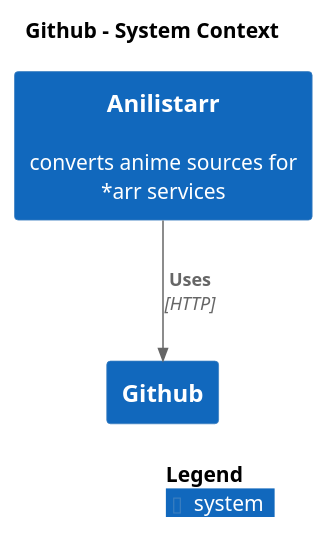
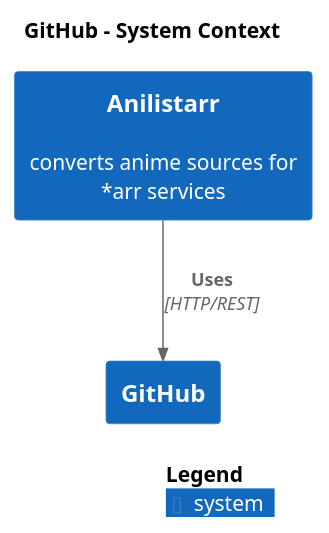
The diagram in docs/structurizr-SystemContext-003.puml (wwmoraes/anilistarr), drawn with PlantUML before and after one commit. The commit also changed 151 other files, not shown here.

```diff
--- a/docs/structurizr-SystemContext-003.puml
+++ b/docs/structurizr-SystemContext-003.puml
@@ -1,16 +1,16 @@
 @startuml
 set separator none
-title Github - System Context
+title GitHub - System Context
 
 top to bottom direction
 
 !include <C4/C4>
 !include <C4/C4_Context>
 
-System(Github, "Github", $descr="", $tags="", $link="")
+System(GitHub, "GitHub", $descr="", $tags="", $link="")
 System(Anilistarr, "Anilistarr", $descr="converts anime sources for *arr services", $tags="", $link="")
 
-Rel(Anilistarr, Github, "Uses", $techn="HTTP", $tags="", $link="")
+Rel(Anilistarr, GitHub, "Uses", $techn="HTTP/REST", $tags="", $link="")
 
 SHOW_LEGEND(true)
 @enduml
```
